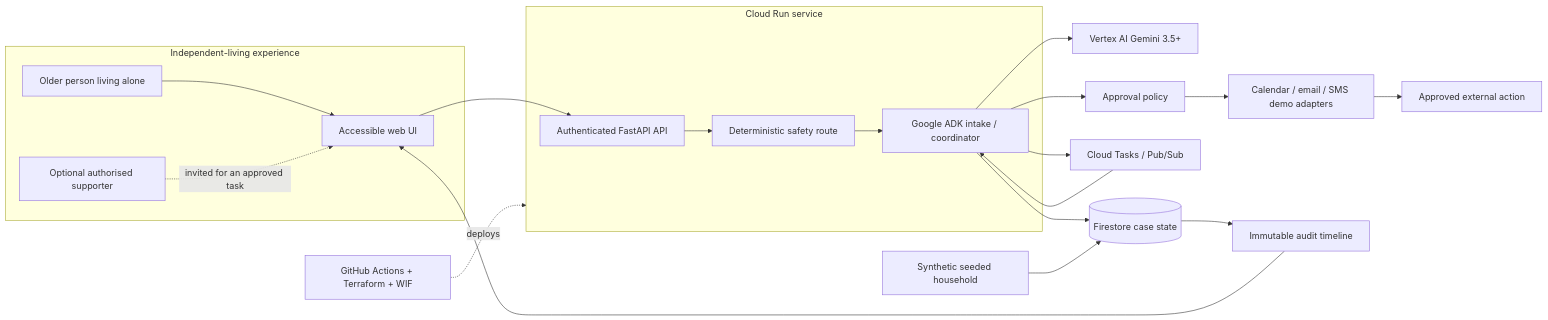
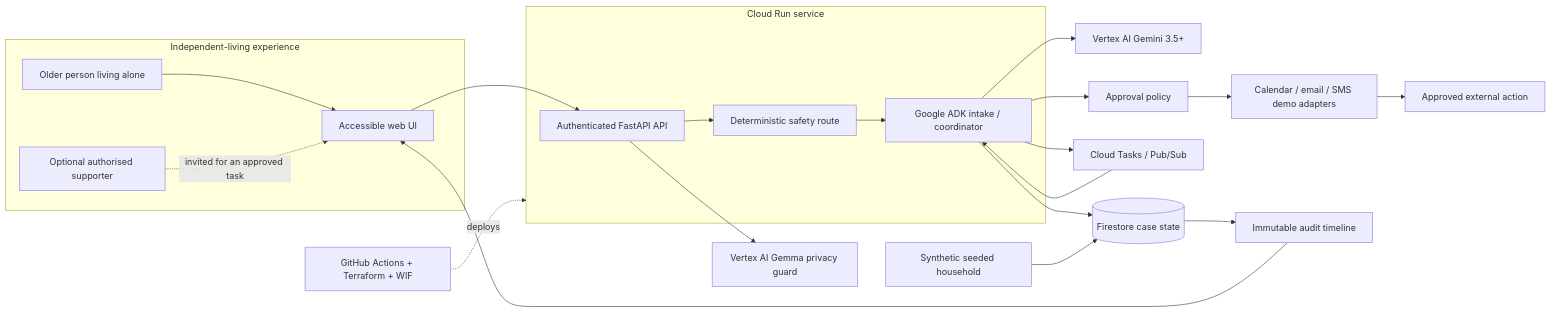
Before and after one commit to sailing-together/StayLong: the diagram in docs/architecture.md, drawn with Mermaid. The commit also changed other lines of this file and 13 other files, not shown here.

Commit message:
feat: add Gemma privacy guard to public sandbox

````diff
--- a/docs/architecture.md
+++ b/docs/architecture.md
@@ -7,23 +7,24 @@
 ```mermaid
 flowchart LR
   subgraph EXPERIENCE["Independent-living experience"]
     U["Older person living alone"] --> W["Accessible web UI"]
     S["Optional authorised supporter"] -. invited for an approved task .-> W
   end
   subgraph RUN["Cloud Run service"]
     W --> API["Authenticated FastAPI API"]
     API --> R["Deterministic safety route"]
     R --> ADK["Google ADK intake / coordinator"]
   end
   ADK --> V["Vertex AI Gemini 3.5+"]
+  API --> G["Vertex AI Gemma privacy guard"]
   ADK --> F[("Firestore case state")]
   ADK --> Q["Cloud Tasks / Pub/Sub"]
   Q --> ADK
   ADK --> P["Approval policy"]
   P --> T["Calendar / email / SMS demo adapters"]
   T --> C["Approved external action"]
   F --> L["Immutable audit timeline"]
   L --> W
   D["Synthetic seeded household"] --> F
   CI["GitHub Actions + Terraform + WIF"] -. deploys .-> RUN
 ```
````
